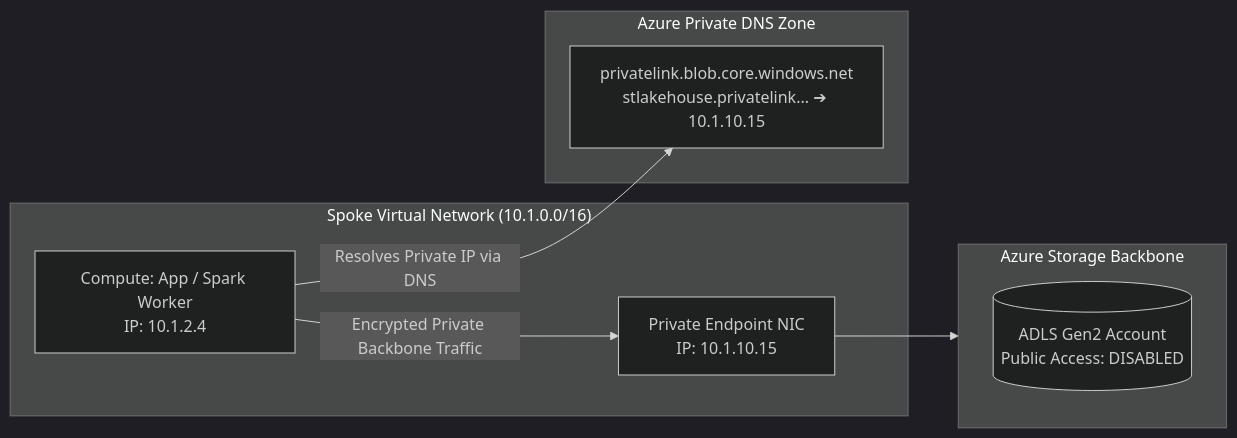
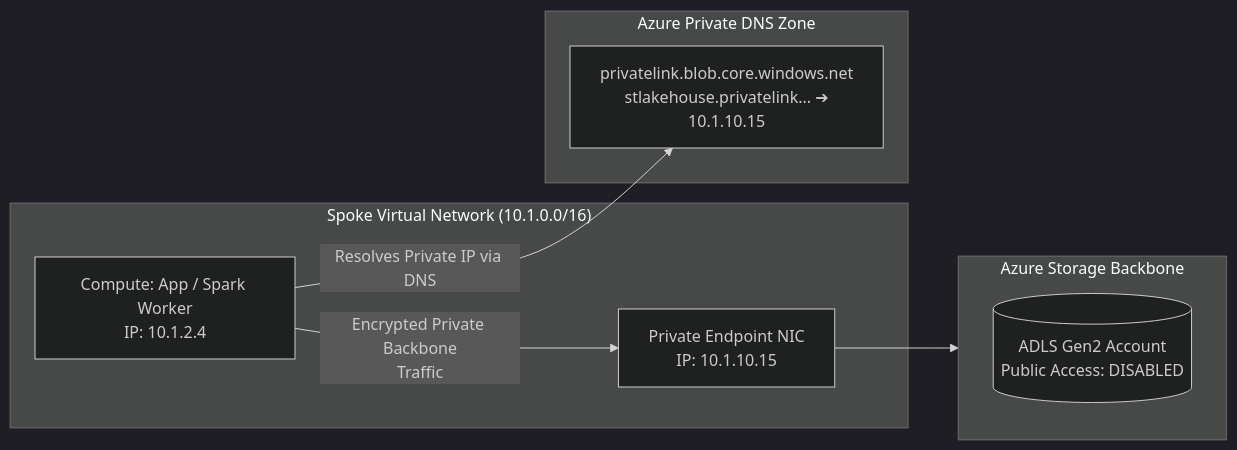
Before and after one commit to santoshjammi29/azure-cheat-sheet: the third of 3 diagrams in cheatsheets/security-zero-trust.md, drawn with Mermaid (dark theme). The commit also changed 15 other files, not shown here.

Commit message:
fix(diagrams): word-wrap labels and escape comparison operators across all diagrams

````diff
--- a/cheatsheets/security-zero-trust.md
+++ b/cheatsheets/security-zero-trust.md
@@ -124,19 +124,19 @@
 ```mermaid
 flowchart LR
     subgraph Corporate_VNet["Spoke Virtual Network (10.1.0.0/16)"]
         VMApp["Compute: App / Spark Worker<br/>IP: 10.1.2.4"]
         PE["Private Endpoint NIC<br/>IP: 10.1.10.15"]
     end
 
     subgraph Private_DNS["Azure Private DNS Zone"]
-        Zone["privatelink.blob.core.windows.net<br/>stlakehouse.privatelink... ➔ 10.1.10.15"]
+        Zone["privatelink.blob.core.windows.net<br/>stlakehouse.privatelink... ➔<br/>10.1.10.15"]
     end
 
     subgraph Azure_PaaS["Azure Storage Backbone"]
-        Storage[(ADLS Gen2 Account<br/>Public Access: DISABLED)]
+        Storage[("ADLS Gen2 Account<br/>Public Access: DISABLED")]
     end
 
     VMApp -->|Resolves Private IP via DNS| Zone
-    VMApp -->|Encrypted Private Backbone Traffic| PE
+    VMApp -->|"Encrypted Private Backbone<br/>Traffic"| PE
     PE --> Azure_PaaS
 ```
````
